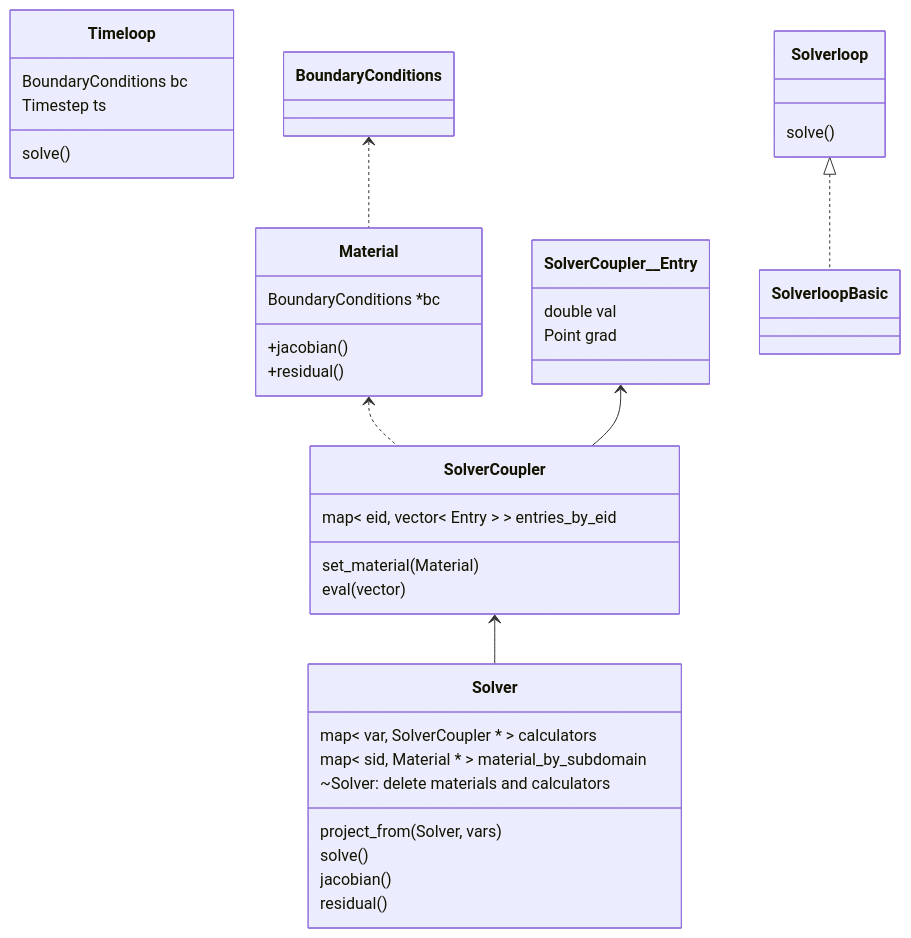
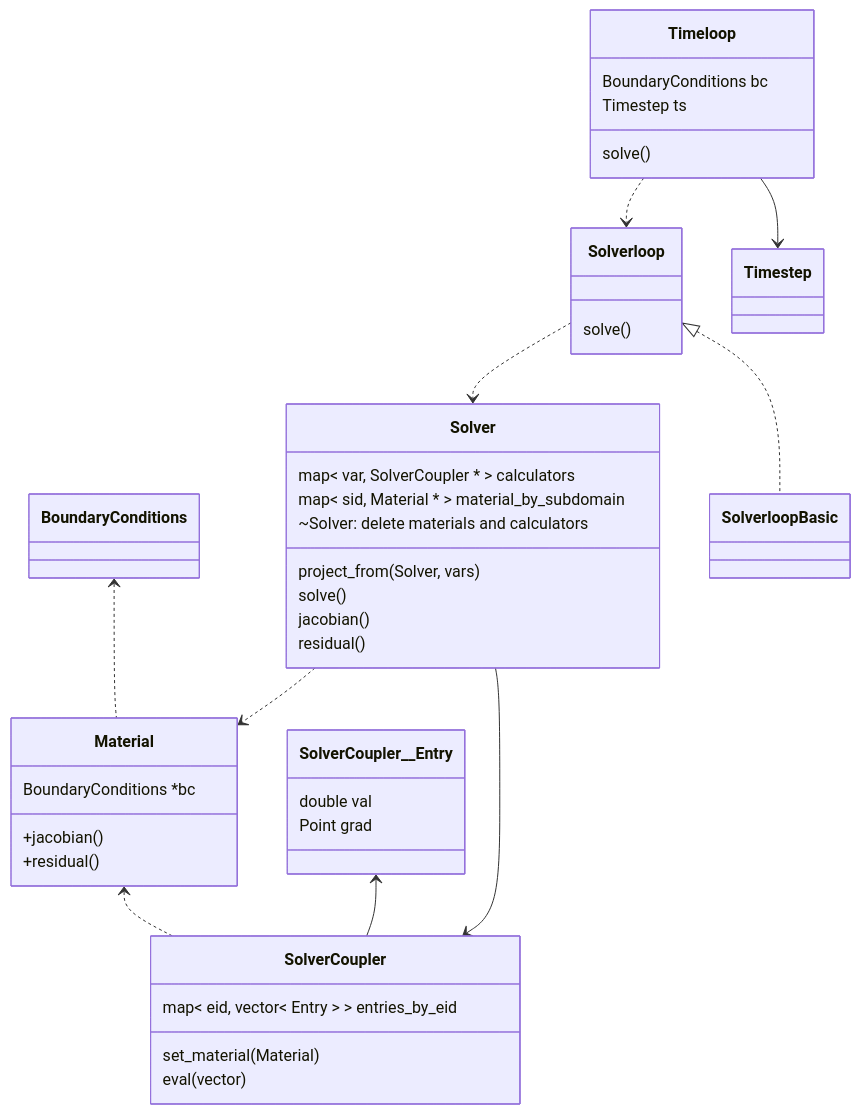
One commit to rebpoli/harpy changed the first of 2 diagrams in doc/Description.md. Above: the diagram before and after it, drawn with Mermaid.

````diff
--- a/doc/Description.md
+++ b/doc/Description.md
@@ -20,47 +20,51 @@
 ```mermaid
 %% Interfaces
 classDiagram
     class Timeloop { 
         BoundaryConditions bc
         Timestep ts
         solve()
     }
 
     class Solverloop {
         solve()
     }
 
     class Solver {
         map< var, SolverCoupler * > calculators
         map< sid, Material * > material_by_subdomain
         ~Solver: delete materials and calculators
         project_from(Solver, vars)
         solve()
         jacobian()
         residual()
     }
 
 
     class Material {
         BoundaryConditions *bc
         +jacobian()
         +residual()
     }
     BoundaryConditions <.. Material
 
     %% An entry of the coupler - a subclass
     class SolverCoupler__Entry { 
         double val
         Point grad 
     }
     class SolverCoupler {
         map< eid, vector< Entry > > entries_by_eid
         set_material( Material )
         eval( vector<Point> )
     }
     Material <.. SolverCoupler
     SolverCoupler__Entry <-- SolverCoupler
     Solverloop <|.. SolverloopBasic
     SolverCoupler <-- Solver
+    Timeloop --> Timestep
+    Timeloop ..> Solverloop
+    Solverloop ..> Solver
+    Solver..> Material
 
 ```
````
